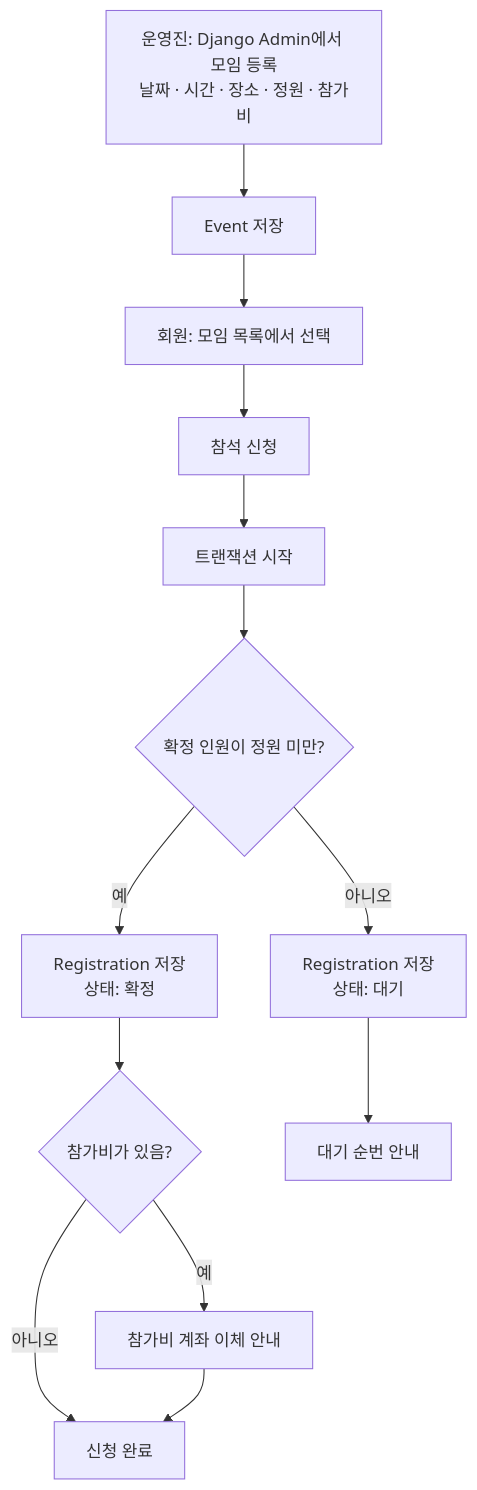
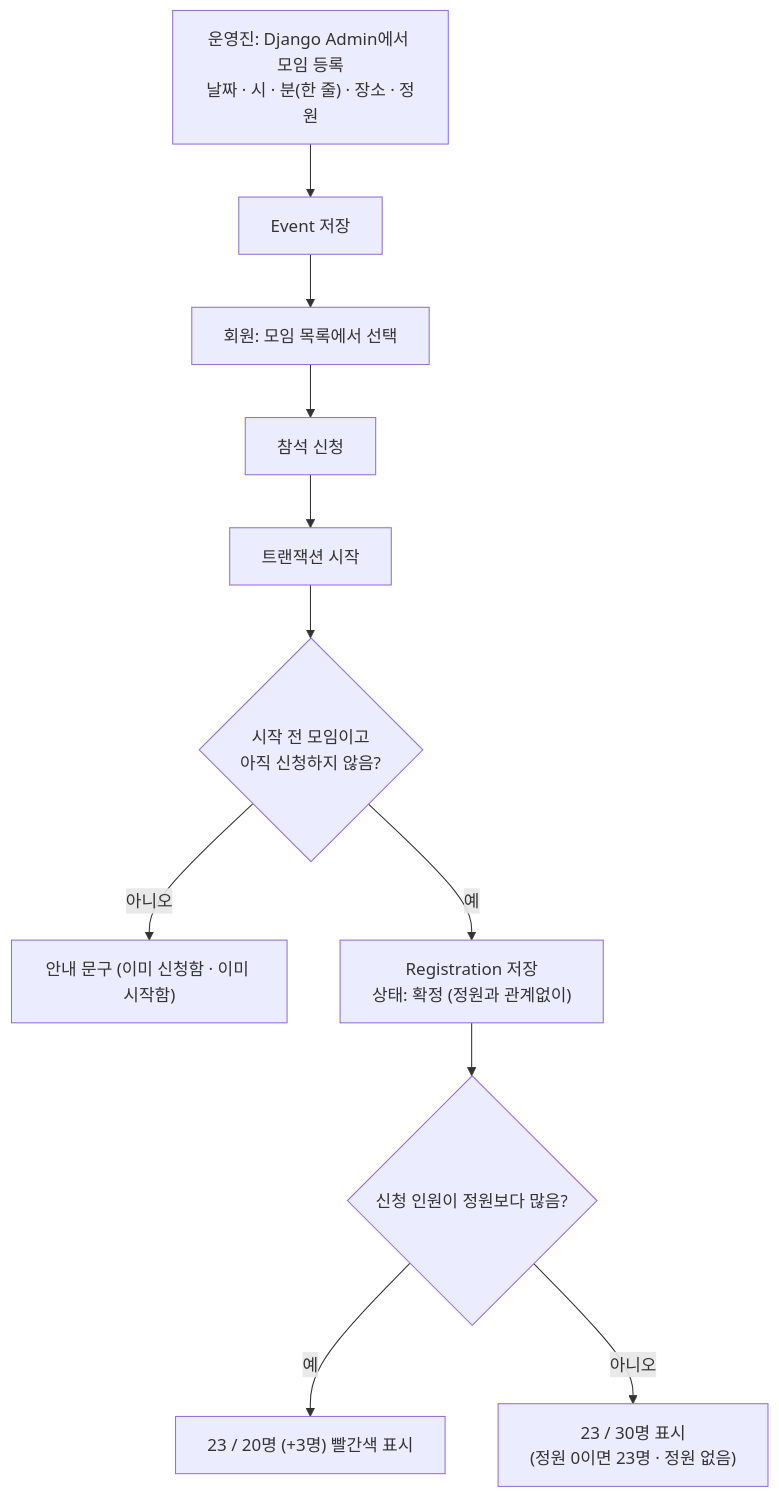
Before and after one commit to keepmind7/AI_Club_Web: the fourth of 14 diagrams in 동작 흐름.md, drawn with Mermaid. The commit also changed other lines of this file and 33 other files, not shown here.

````diff
--- a/동작 흐름.md
+++ b/동작 흐름.md
@@ -74,15 +74,13 @@
 ```mermaid
 flowchart TD
-    A["운영진: Django Admin에서 모임 등록<br/>날짜 · 시간 · 장소 · 정원 · 참가비"] --> B["Event 저장"]
+    A["운영진: Django Admin에서 모임 등록<br/>날짜 · 시 · 분(한 줄) · 장소 · 정원"] --> B["Event 저장"]
     B --> C["회원: 모임 목록에서 선택"]
     C --> D["참석 신청"]
     D --> T["트랜잭션 시작"]
-    T --> E{"확정 인원이 정원 미만?"}
-    E -- 예 --> F["Registration 저장<br/>상태: 확정"]
-    E -- 아니오 --> G["Registration 저장<br/>상태: 대기"]
-    F --> H{"참가비가 있음?"}
-    H -- 예 --> I["참가비 계좌 이체 안내"]
-    H -- 아니오 --> J["신청 완료"]
-    I --> J
-    G --> K["대기 순번 안내"]
+    T --> E{"시작 전 모임이고<br/>아직 신청하지 않음?"}
+    E -- 아니오 --> N["안내 문구 (이미 신청함 · 이미 시작함)"]
+    E -- 예 --> F["Registration 저장<br/>상태: 확정 (정원과 관계없이)"]
+    F --> V{"신청 인원이 정원보다 많음?"}
+    V -- 예 --> R["23 / 20명 (+3명) 빨간색 표시"]
+    V -- 아니오 --> J["23 / 30명 표시<br/>(정원 0이면 23명 · 정원 없음)"]
 ```
````
